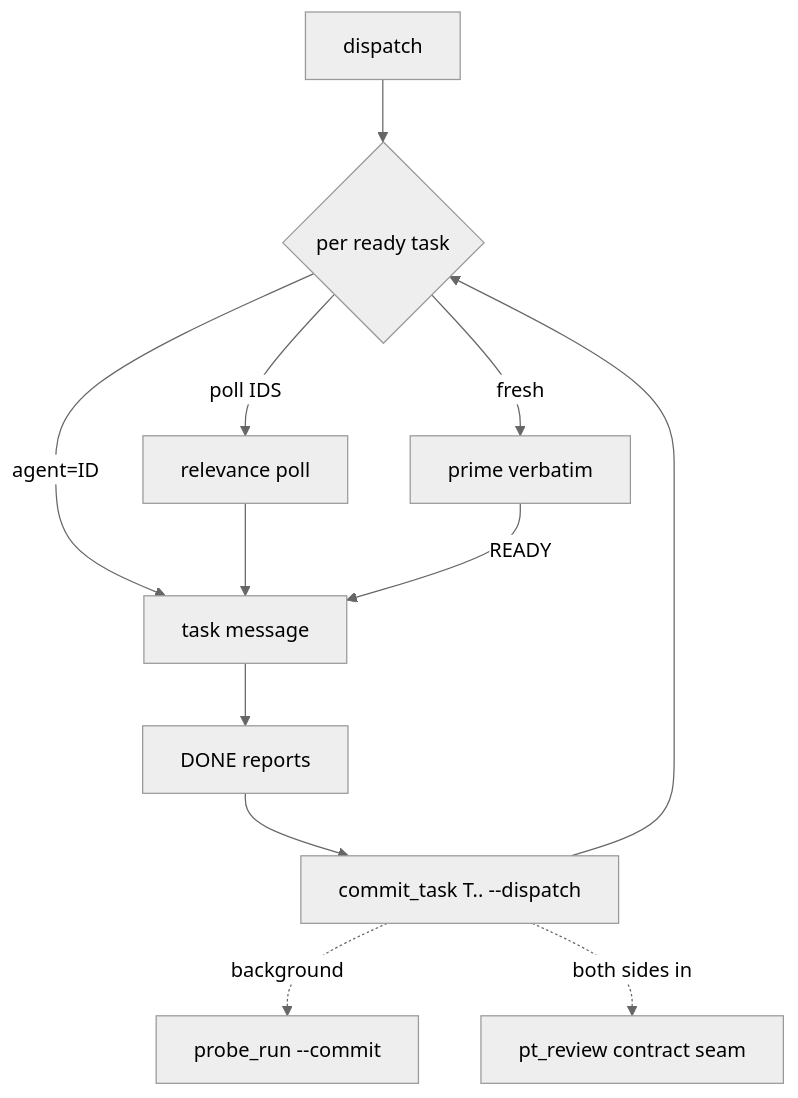
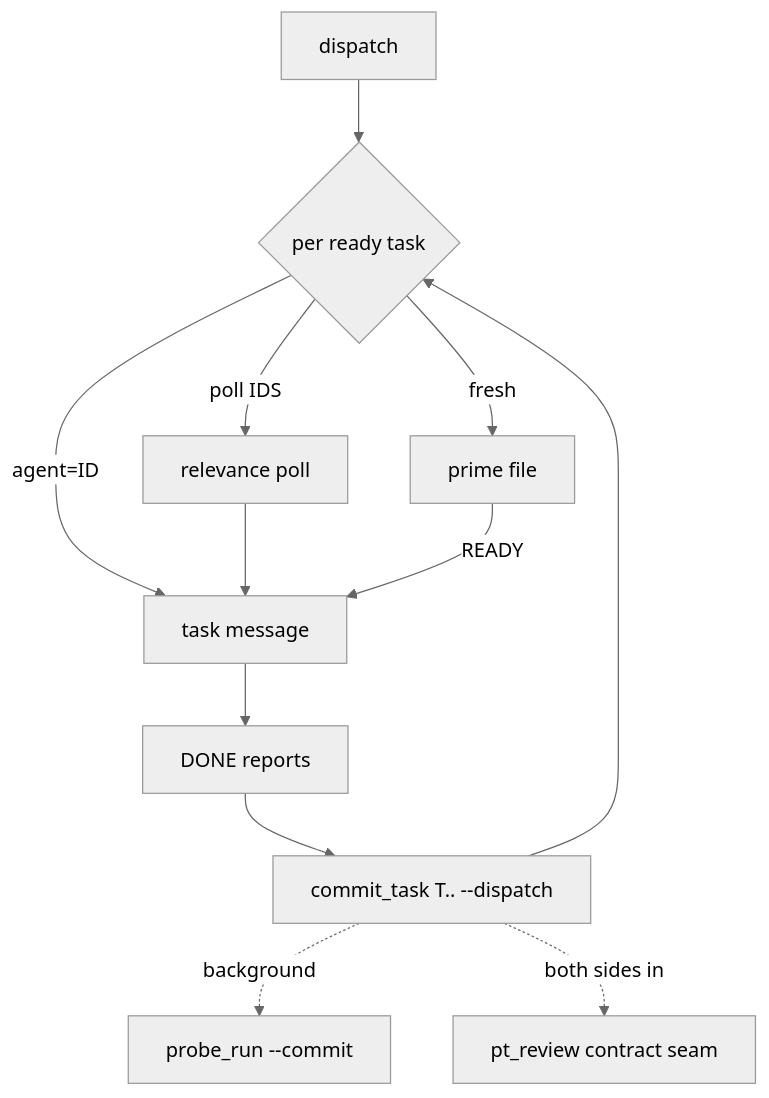
The first of 3 diagrams in skills/subagent-driven-development/SKILL.md (maxboettinger/superlite), drawn with Mermaid (neutral theme) before and after one commit. The commit also changed other lines of this file and 59 other files, not shown here.

````diff
--- a/skills/subagent-driven-development/SKILL.md
+++ b/skills/subagent-driven-development/SKILL.md
@@ -34,10 +34,10 @@
 ```mermaid
 flowchart TB
   N[dispatch] --> A{per ready task}
   A -- agent=ID --> M[task message]
   A -- poll IDS --> Q[relevance poll] --> M
-  A -- fresh --> P[prime verbatim] -- READY --> M
+  A -- fresh --> P[prime file] -- READY --> M
   M --> D[DONE reports] --> C[commit_task T.. --dispatch] --> A
   C -. background .-> PR[probe_run --commit]
   C -. both sides in .-> SM[pt_review contract seam]
 ```
````
